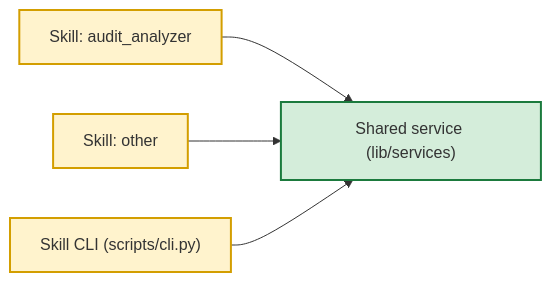
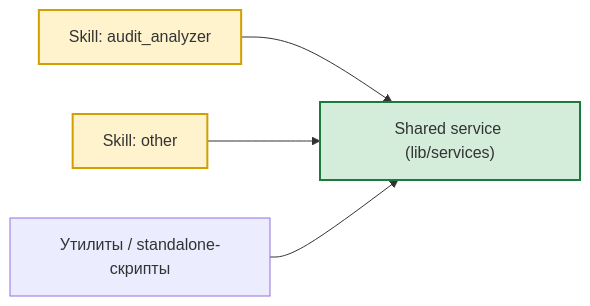
Before and after one commit to AlexEgorov85/workspaces_nanobot: the third of 12 diagrams in docs/TARGET_ARCHITECTURE.md, drawn with Mermaid. The commit also changed other lines of this file and 3 other files, not shown here.

````diff
--- a/docs/TARGET_ARCHITECTURE.md
+++ b/docs/TARGET_ARCHITECTURE.md
@@ -274,10 +293,10 @@
 ```mermaid
 flowchart LR
     SA["Skill: audit_analyzer"] --> SVC["Shared service (lib/services)"]
     SB["Skill: other"] --> SVC
-    CLI["Skill CLI (scripts/cli.py)"] --> SVC
+    UT["Утилиты / standalone-скрипты"] --> SVC
     classDef core fill:#fff3cd,stroke:#d39e00,stroke-width:2px
     classDef infra fill:#d4edda,stroke:#1b7a3d,stroke-width:2px
     class SA,SB,CLI core
     class SVC infra
 ```
````
